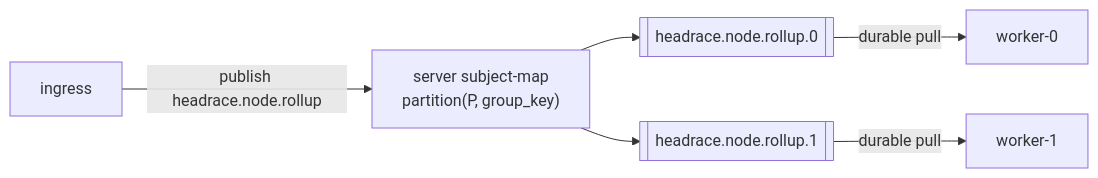
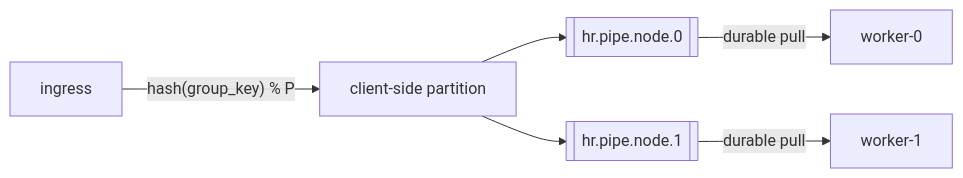
One commit to headrace-rs/headrace changed the fourth of 7 diagrams in DESIGN.md. Above: the diagram before and after it, drawn with Mermaid. The commit also changed other lines of this file and 3 other files, not shown here.

````diff
--- a/DESIGN.md
+++ b/DESIGN.md
@@ -94,8 +94,8 @@
 ```mermaid
 flowchart LR
-  ig[ingress] -->|"publish headrace.node.rollup"| pt["server subject-map<br/>partition(P, group_key)"]
-  pt --> s0[["headrace.node.rollup.0"]]
-  pt --> s1[["headrace.node.rollup.1"]]
+  ig[ingress] -->|"hash(group_key) % P"| pt["client-side partition"]
+  pt --> s0[["hr.pipe.node.0"]]
+  pt --> s1[["hr.pipe.node.1"]]
   s0 -->|durable pull| w0["worker-0"]
   s1 -->|durable pull| w1["worker-1"]
 ```
````
